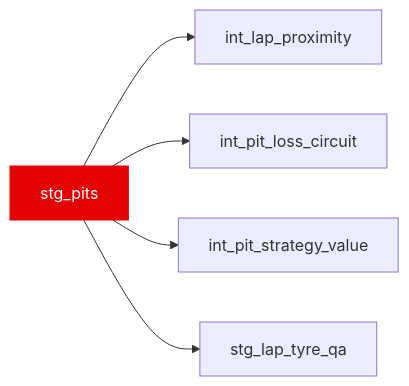
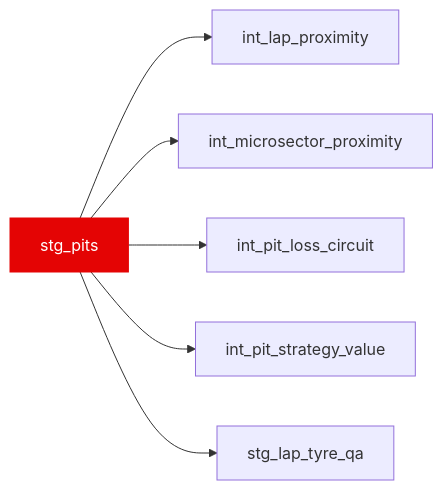
One commit to JustinClarke/off-the-pace changed the diagram in docs/reference/models/stg/stg_pits.mdx. Above: the diagram before and after it, drawn with Mermaid. The commit also changed other lines of this file and 286 other files, not shown here.

````diff
--- a/docs/reference/models/stg/stg_pits.mdx
+++ b/docs/reference/models/stg/stg_pits.mdx
@@ -15,8 +15,9 @@
 ```mermaid
 flowchart LR
   stg_pits --> int_lap_proximity
+  stg_pits --> int_microsector_proximity
   stg_pits --> int_pit_loss_circuit
   stg_pits --> int_pit_strategy_value
   stg_pits --> stg_lap_tyre_qa
   style stg_pits fill:#e40404,stroke:#e40404,color:#fff
 ```
````
